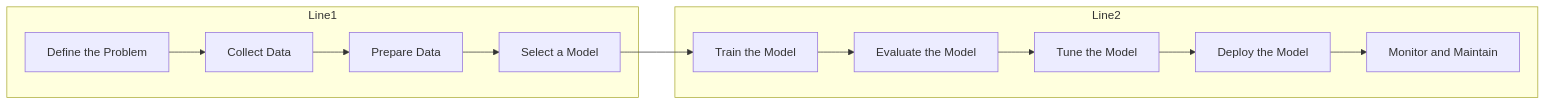
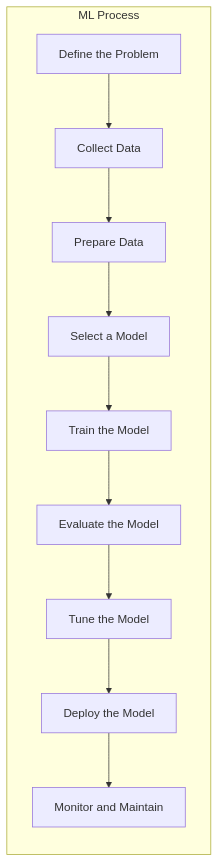
Before and after one commit to Reefwing-Software/Embedded-AI: the diagram in images/ML_process.md, drawn with Mermaid.

````diff
--- a/images/ML_process.md
+++ b/images/ML_process.md
@@ -8,15 +8,14 @@
 ```mermaid
 graph LR
-    subgraph Line1
+    subgraph ML Process
         A[Define the Problem] --> B[Collect Data]
         B --> C[Prepare Data]
         C --> D[Select a Model]
-    end
-    subgraph Line2
         D --> E[Train the Model]
         E --> F[Evaluate the Model]
         F --> G[Tune the Model]
+        
         G --> H[Deploy the Model]
         H --> I[Monitor and Maintain]
     end
 ```
````
